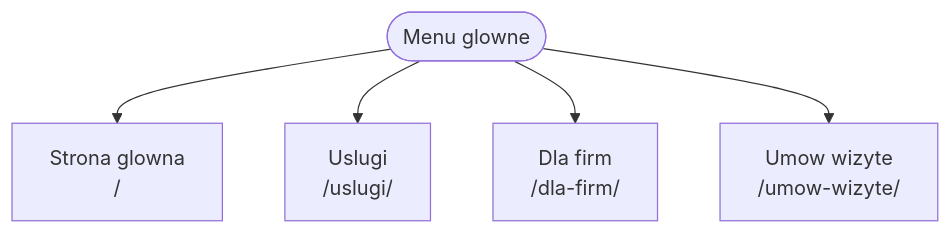
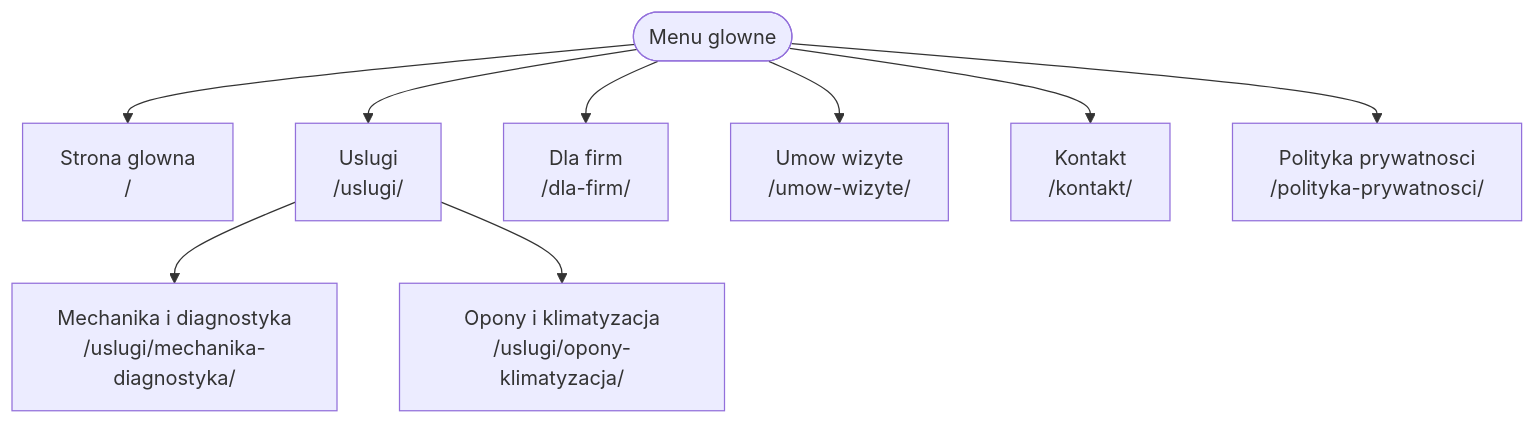
Before and after one commit to waldemar-grabowski/cms-lab: the diagram in README.md, drawn with Mermaid.

Commit message:
Check mermaid

````diff
--- a/README.md
+++ b/README.md
@@ -21,9 +21,12 @@
 ```mermaid
 flowchart TD
   M(["Menu glowne"])
   M --> H["Strona glowna<br>/"]
   M --> U["Uslugi<br>/uslugi/"]
   M --> F["Dla firm<br>/dla-firm/"]
   M --> W["Umow wizyte<br>/umow-wizyte/"]
-  
+  M --> K["Kontakt<br>/kontakt/"]
+  M --> P["Polityka prywatnosci<br>/polityka-prywatnosci/"]
+  U --> U1["Mechanika i diagnostyka<br>/uslugi/mechanika-diagnostyka/"]
+  U --> U2["Opony i klimatyzacja<br>/uslugi/opony-klimatyzacja/"]
 ```
````
